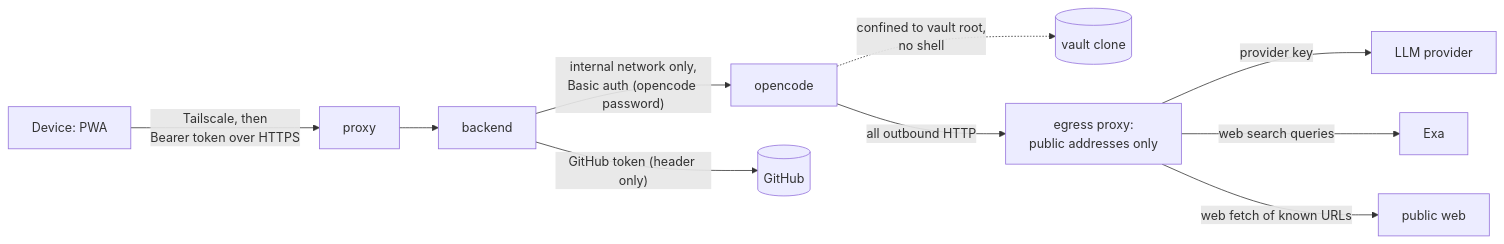
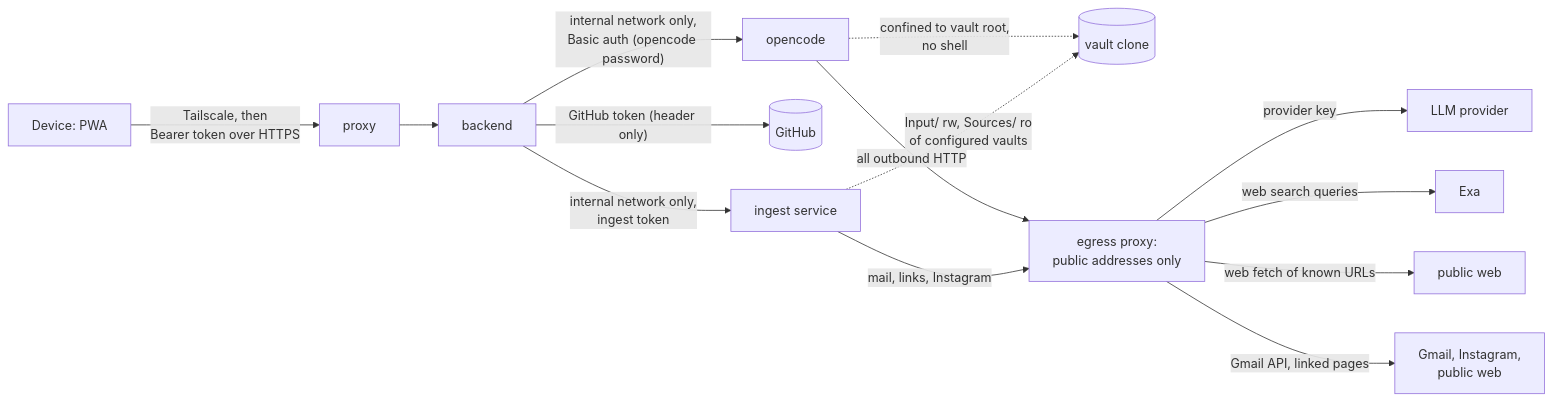
Before and after one commit to tillg/karpathy.app: the diagram in specs/system/security.md, drawn with Mermaid. The commit also changed other lines of this file and 5 other files, not shown here.

````diff
--- a/specs/system/security.md
+++ b/specs/system/security.md
@@ -15,12 +15,16 @@
 ```mermaid
 flowchart LR
   D[Device: PWA] -- "Tailscale, then<br/>Bearer token over HTTPS" --> P[proxy]
   P --> B[backend]
   B -- "internal network only,<br/>Basic auth (opencode password)" --> O[opencode]
   O -. "confined to vault root,<br/>no shell" .-> V[(vault clone)]
   B -- "GitHub token (header only)" --> GH[(GitHub)]
   O -- "all outbound HTTP" --> E[egress proxy:<br/>public addresses only]
   E -- "provider key" --> LLM[LLM provider]
   E -- "web search queries" --> EXA[Exa]
   E -- "web fetch of known URLs" --> WEB[public web]
+  B -- "internal network only,<br/>ingest token" --> I[ingest service]
+  I -. "Input/ rw, Sources/ ro<br/>of configured vaults" .-> V
+  I -- "mail, links, Instagram" --> E
+  E -- "Gmail API, linked pages" --> MW[Gmail, Instagram,<br/>public web]
 ```
````
